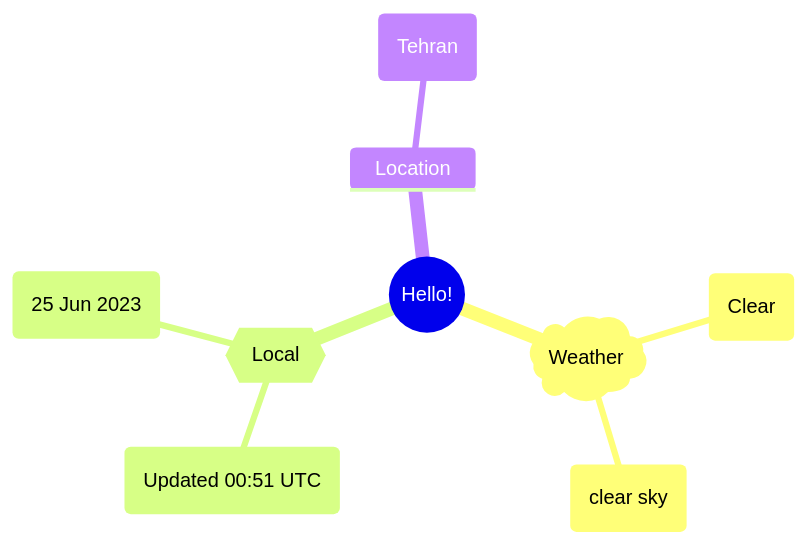
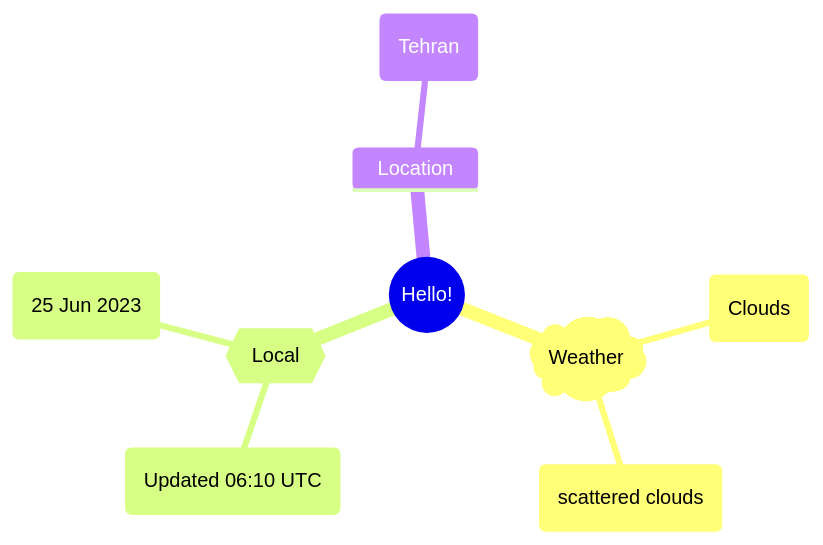
Before and after one commit to Xosrov/Xosrov: the first of 2 diagrams in README.md, drawn with Mermaid.

Commit message:
[bot] updated images

````diff
--- a/README.md
+++ b/README.md
@@ -3,12 +3,12 @@
 ```mermaid
 mindmap
   root((Hello!))
     )Weather(
-        (Clear)
-        (clear sky)
+        (Clouds)
+        (scattered clouds)
     {{Local}}
-        (Updated 00:51 UTC)
+        (Updated 06:10 UTC)
         (25 Jun 2023)
     Location
         (Tehran)
 ```
````
